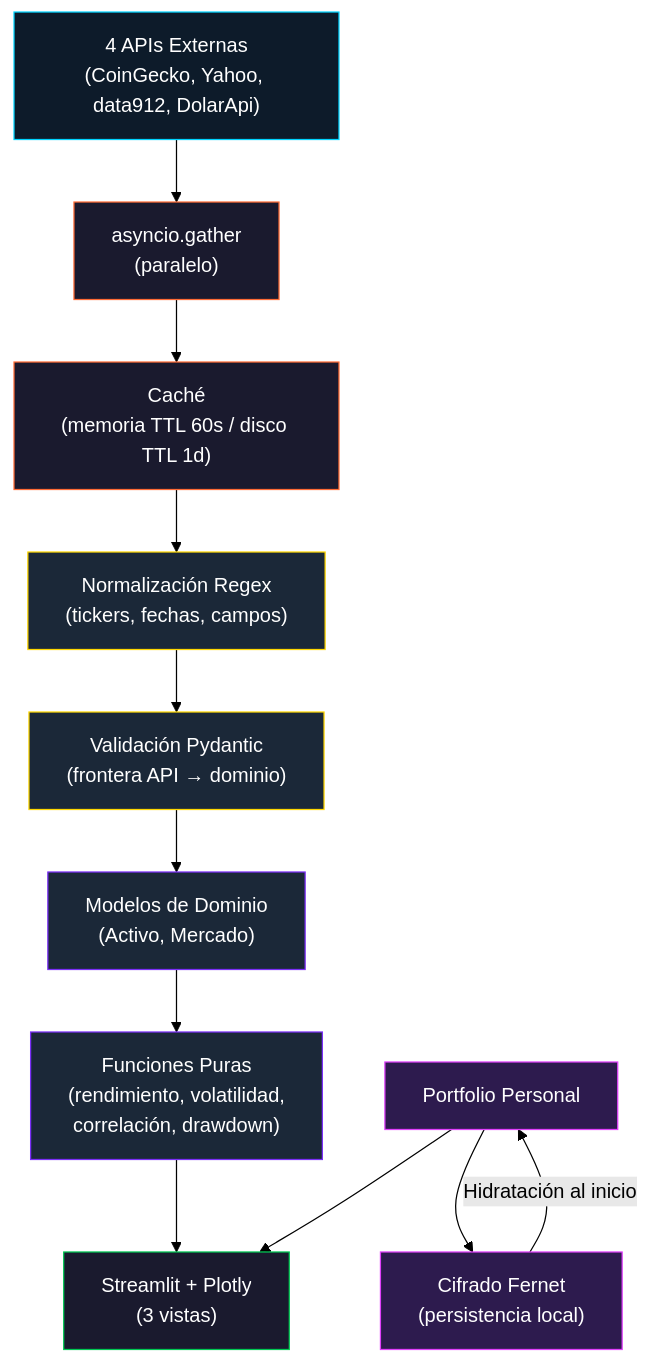
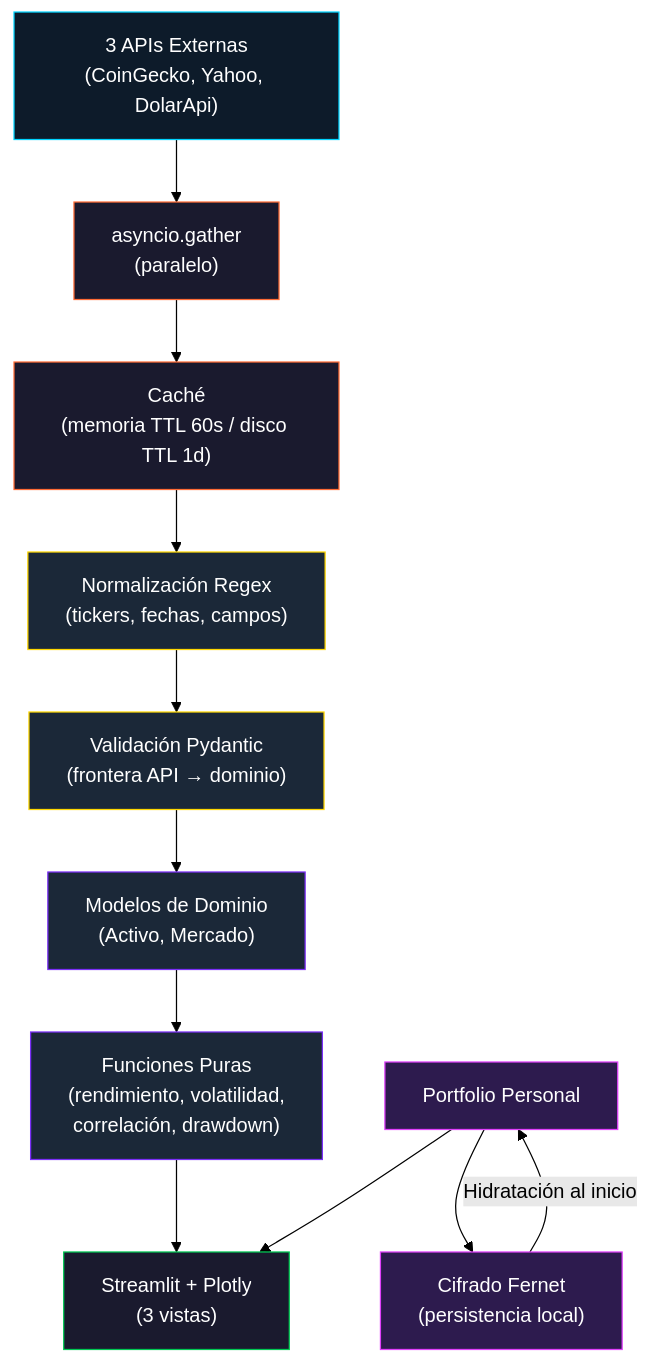
Before and after one commit to Mathiasporley04/proyecto-final-pct: the third of 4 diagrams in pipeline_observatorio V2.md, drawn with Mermaid (forest theme). The commit also changed other lines of this file and 25 other files, not shown here.

````diff
--- a/pipeline_observatorio V2.md
+++ b/pipeline_observatorio V2.md
@@ -303,30 +299,30 @@
 ```mermaid
 flowchart TD
-    API["4 APIs Externas\n(CoinGecko, Yahoo, data912, DolarApi)"]
+    API["3 APIs Externas\n(CoinGecko, Yahoo, DolarApi)"]
     ASYNC["asyncio.gather\n(paralelo)"]
     CACHE["Caché\n(memoria TTL 60s / disco TTL 1d)"]
     PYDANTIC["Validación Pydantic\n(frontera API → dominio)"]
     REGEX["Normalización Regex\n(tickers, fechas, campos)"]
     DOMINIO["Modelos de Dominio\n(Activo, Mercado)"]
     METRICAS["Funciones Puras\n(rendimiento, volatilidad,\ncorrelación, drawdown)"]
     STREAMLIT["Streamlit + Plotly\n(3 vistas)"]
     PORTFOLIO["Portfolio Personal"]
     FERNET["Cifrado Fernet\n(persistencia local)"]
 
     API --> ASYNC --> CACHE --> REGEX --> PYDANTIC --> DOMINIO
     DOMINIO --> METRICAS --> STREAMLIT
     PORTFOLIO --> FERNET
     FERNET --> |"Hidratación al inicio"| PORTFOLIO
     PORTFOLIO --> STREAMLIT
 
     style API fill:#0d1b2a,stroke:#00d4ff,color:#fff
     style ASYNC fill:#1a1a2e,stroke:#ff6b35,color:#fff
     style CACHE fill:#1a1a2e,stroke:#ff6b35,color:#fff
     style PYDANTIC fill:#1b2838,stroke:#ffd700,color:#fff
     style REGEX fill:#1b2838,stroke:#ffd700,color:#fff
     style DOMINIO fill:#1b2838,stroke:#7b2ff7,color:#fff
     style METRICAS fill:#1b2838,stroke:#7b2ff7,color:#fff
     style STREAMLIT fill:#1a1a2e,stroke:#00c853,color:#fff
     style PORTFOLIO fill:#2d1b4e,stroke:#e040fb,color:#fff
     style FERNET fill:#2d1b4e,stroke:#e040fb,color:#fff
 ```
````
